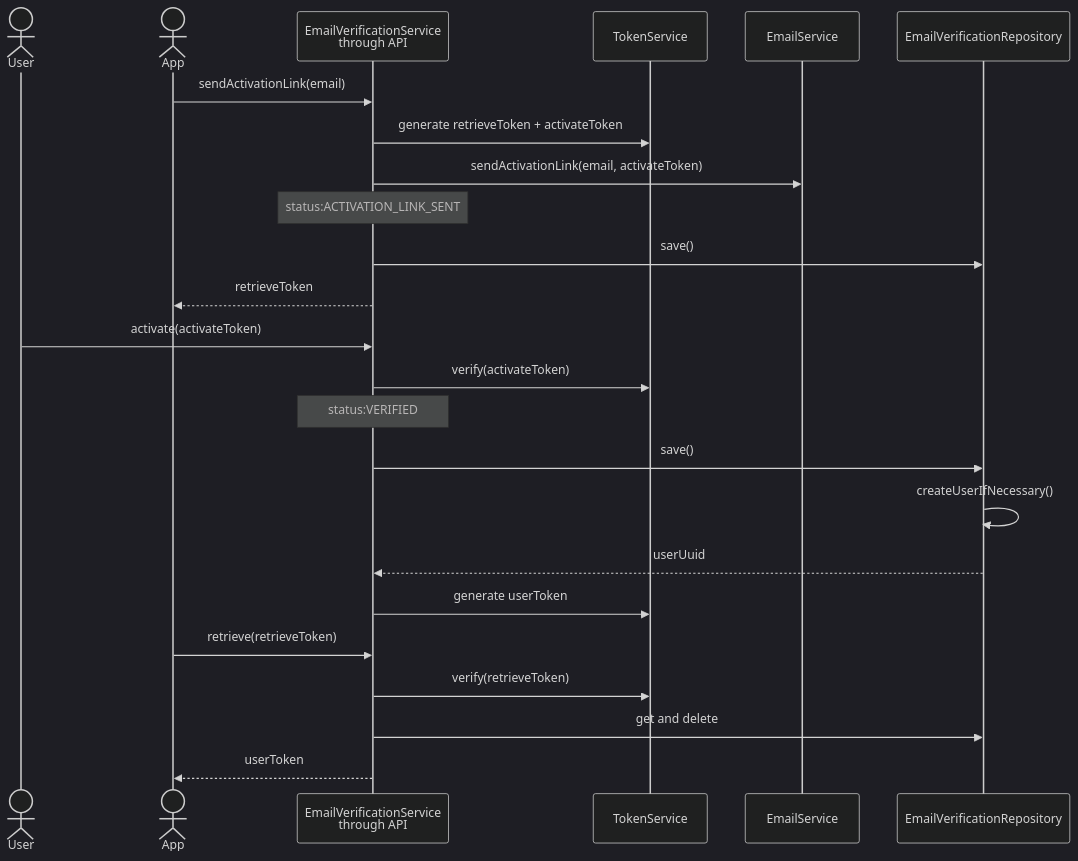
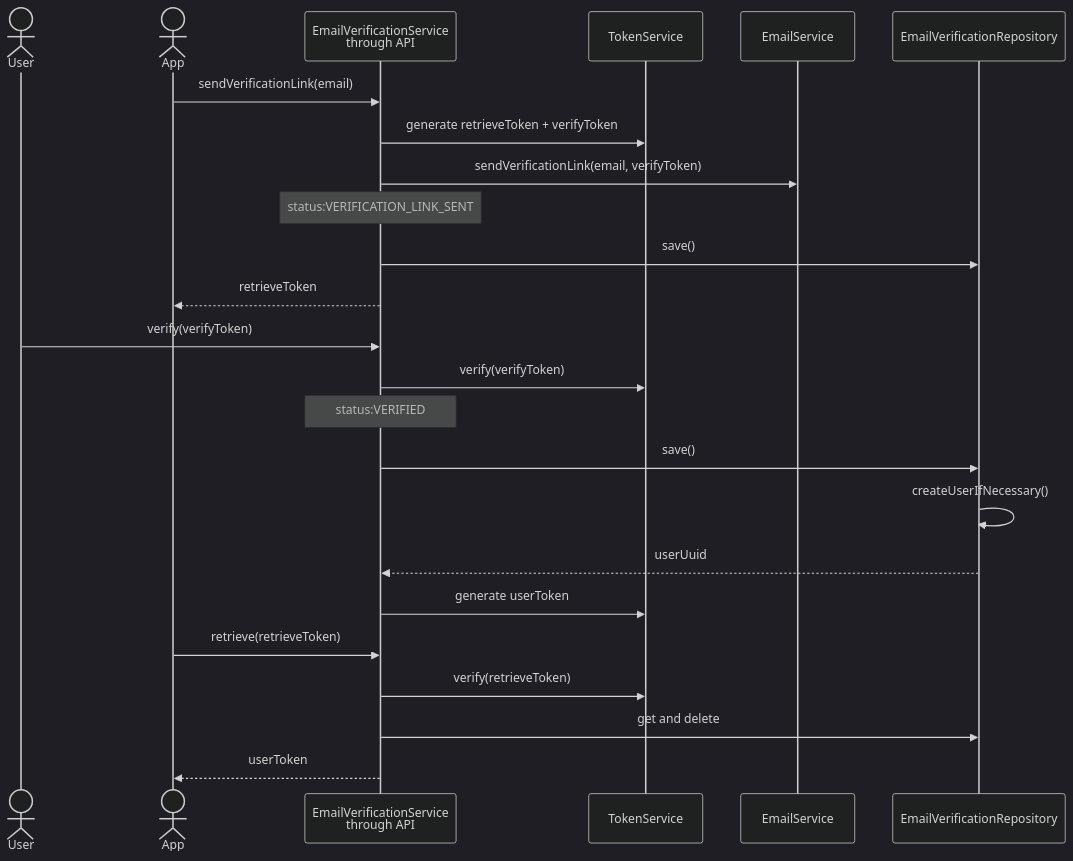
Before and after one commit to BenLayet/meditation-timer: the fourth of 4 diagrams in docs/workflows/create-account.md, drawn with Mermaid (dark theme). The commit also changed other lines of this file and 20 other files, not shown here.

Commit message:
14: renames "activate account" to "verify email"

````diff
--- a/docs/workflows/create-account.md
+++ b/docs/workflows/create-account.md
@@ -116,27 +116,27 @@
 ```mermaid
 sequenceDiagram
     actor User
     actor App
     participant EmailVerificationService as EmailVerificationService <br> through API
     participant TokenService
     participant EmailService
     participant EmailVerificationRepository
 
-    App ->> EmailVerificationService: sendActivationLink(email)
-    EmailVerificationService ->> TokenService: generate retrieveToken + activateToken
-    EmailVerificationService ->> EmailService: sendActivationLink(email, activateToken)
-    Note over EmailVerificationService: status:ACTIVATION_LINK_SENT
+    App ->> EmailVerificationService: sendVerificationLink(email)
+    EmailVerificationService ->> TokenService: generate retrieveToken + verifyToken
+    EmailVerificationService ->> EmailService: sendVerificationLink(email, verifyToken)
+    Note over EmailVerificationService: status:VERIFICATION_LINK_SENT
     EmailVerificationService ->> EmailVerificationRepository: save()
     EmailVerificationService -->> App: retrieveToken
-    User ->> EmailVerificationService: activate(activateToken)
-    EmailVerificationService ->> TokenService: verify(activateToken)
+    User ->> EmailVerificationService: verify(verifyToken)
+    EmailVerificationService ->> TokenService: verify(verifyToken)
     Note over EmailVerificationService: status:VERIFIED
     EmailVerificationService ->> EmailVerificationRepository: save()
     EmailVerificationRepository ->> EmailVerificationRepository: createUserIfNecessary()
     EmailVerificationRepository -->> EmailVerificationService: userUuid
     EmailVerificationService ->> TokenService: generate userToken
     App ->> EmailVerificationService: retrieve(retrieveToken)
     EmailVerificationService ->> TokenService: verify(retrieveToken)
     EmailVerificationService ->> EmailVerificationRepository: get and delete
     EmailVerificationService -->> App: userToken
 ```
````
